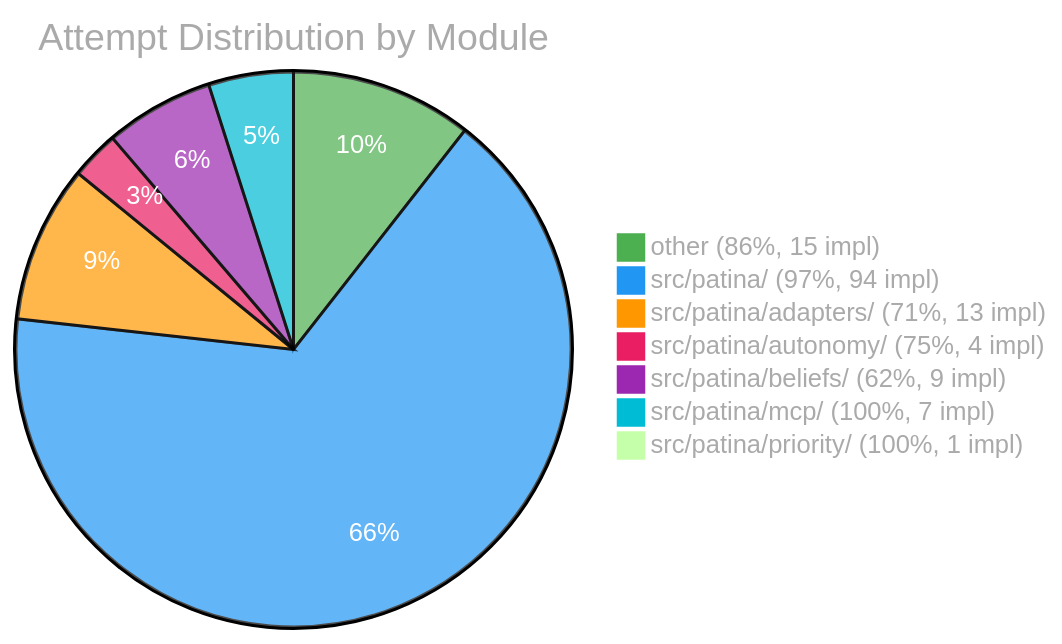
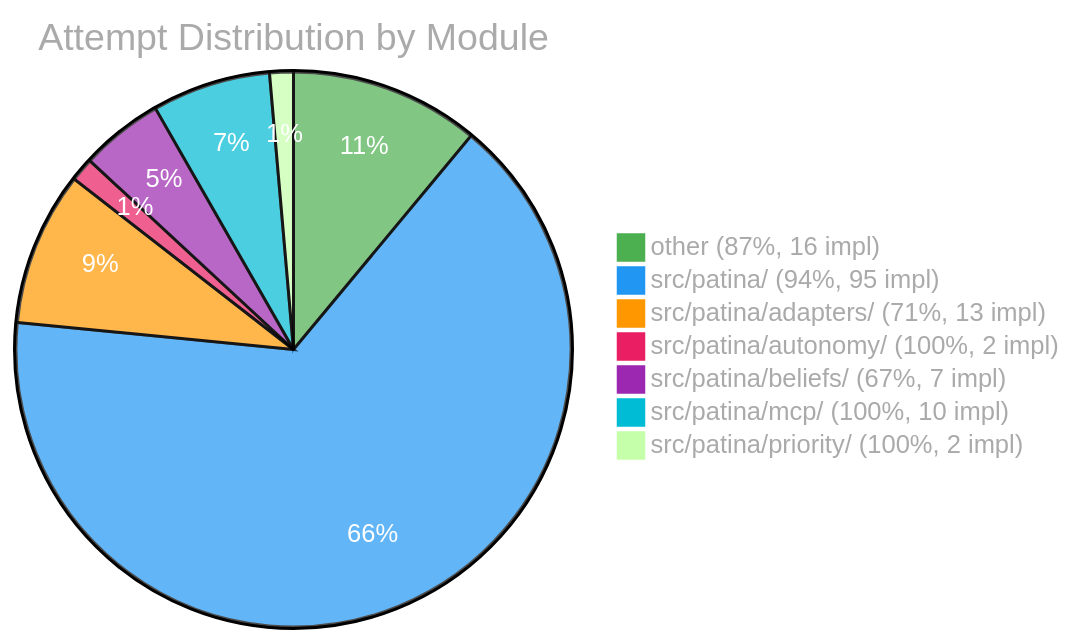
The third of 3 diagrams in EVAL.md (Sanctum-Origo-Systems/patina), drawn with Mermaid before and after one commit. The commit also changed other lines of this file and 1 other file, not shown here.

````diff
--- a/EVAL.md
+++ b/EVAL.md
@@ -124,11 +37,11 @@
 ```mermaid
 %%{init: {'theme': 'base', 'themeVariables': {'pie1': '#4CAF50', 'pie2': '#2196F3', 'pie3': '#FF9800', 'pie4': '#E91E63', 'pie5': '#9C27B0', 'pie6': '#00BCD4', 'pieTitleTextColor': '#aaa', 'pieLegendTextColor': '#aaa', 'pieSectionTextColor': '#fff'}}}%%
 pie title Attempt Distribution by Module
-    "other (86%, 15 impl)" : 15
-    "src/patina/ (97%, 94 impl)" : 94
+    "other (87%, 16 impl)" : 16
+    "src/patina/ (94%, 95 impl)" : 95
     "src/patina/adapters/ (71%, 13 impl)" : 13
-    "src/patina/autonomy/ (75%, 4 impl)" : 4
-    "src/patina/beliefs/ (62%, 9 impl)" : 9
-    "src/patina/mcp/ (100%, 7 impl)" : 7
-    "src/patina/priority/ (100%, 1 impl)" : 1
+    "src/patina/autonomy/ (100%, 2 impl)" : 2
+    "src/patina/beliefs/ (67%, 7 impl)" : 7
+    "src/patina/mcp/ (100%, 10 impl)" : 10
+    "src/patina/priority/ (100%, 2 impl)" : 2
 ```
````
